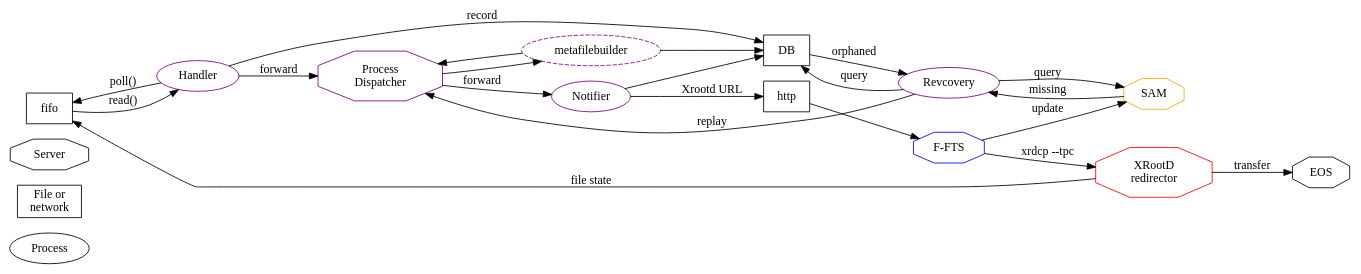
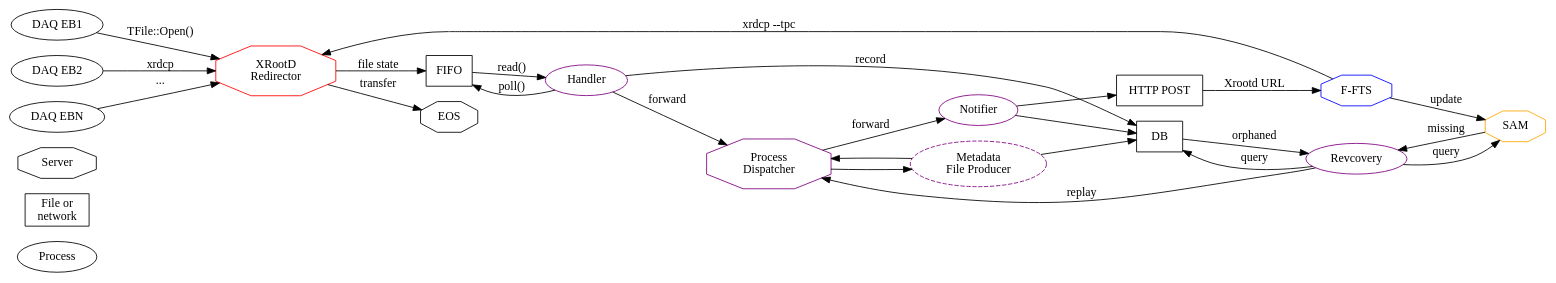
Before and after one commit to nektar21/protodune-raw-data-mgt: the diagram in notifier.dot, drawn with Graphviz.

```diff
--- a/notifier.dot
+++ b/notifier.dot
@@ -1,45 +1,52 @@
 digraph pdrnotifier {
 	rankdir=LR;
 	
 	processes[label="Process"];
 	file[label="File or\nnetwork",shape=box];
 	server[label="Server",shape=octagon];
 
 
-	fifo[shape=box];
+	daq1[label="DAQ EB1"];
+	daq2[label="DAQ EB2"];
+	daqn[label="DAQ EBN"];
+	
+	fifo[shape=box,label="FIFO"];
 	db[shape=box, label="DB"];
-	xrootd[shape=octagon,label="XRootD\nredirector",color=red]
+	xrootd[shape=octagon,label="XRootD\nRedirector",color=red]
 	eos[shape=octagon,label="EOS"]
 
 	fts[shape=octagon,label="F-FTS",color="blue"];
 	sam[shape=octagon,label="SAM",color="orange"];
-	http[shape=box];
+	http[shape=box,label="HTTP POST"];
 
 	exec[shape=octagon,label="Process\nDispatcher",color="purple"];
 	handler[label="Handler",color="purple"];
 	notifier[label="Notifier",color="purple"];
 	recovery[label="Revcovery",color="purple"];
-	metafilebuilder[style=dashed,color="purple"];
+	metafilebuilder[label="Metadata\nFile Producer",style=dashed,color="purple"];
 	
 
+	daq1->xrootd[label="TFile::Open()"];
+	daq2->xrootd[label="xrdcp"];
+	daqn->xrootd[label="..."];
 	xrootd->fifo[label="file state"];
 	fifo->handler[label="read()"];
 	handler->db[label="record"];
 	handler->fifo[label="poll()"];
 	handler->exec[label="forward"];
 	exec->notifier[label="forward"];
-	notifier->http[label="Xrootd URL"];
-	http->fts;
+	notifier->http;
+	http->fts[label="Xrootd URL"];
 	notifier->db;
 	recovery->db[label="query"];
 	db->recovery[label="orphaned"];
 	recovery->exec[label="replay"];
 	recovery->sam[label="query"];
 	sam->recovery[label="missing"];
 	exec->metafilebuilder->db;
 	metafilebuilder->exec;
 	fts->xrootd[label="xrdcp --tpc"];
 	fts->sam[label="update"];
 	
 	xrootd->eos[label="transfer"];
 }
```
